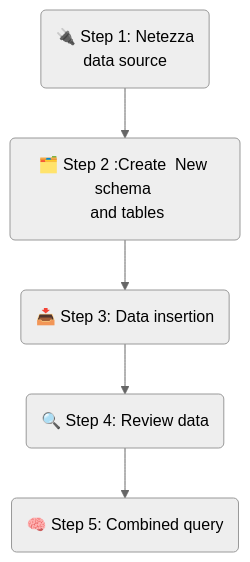
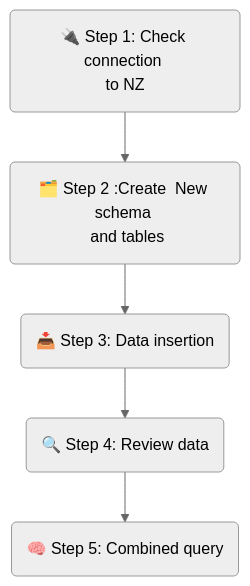
The diagram in Labs/Lab1_Data_Warehouse_Optimization/Lab_1_Data_Offload_Guide.md (DayraP/watsonx.data-bootcamp), drawn with Mermaid (neutral theme) before and after one commit. The commit also changed other lines of this file and 359 other files, not shown here.

````diff
--- a/Labs/Lab1_Data_Warehouse_Optimization/Lab_1_Data_Offload_Guide.md
+++ b/Labs/Lab1_Data_Warehouse_Optimization/Lab_1_Data_Offload_Guide.md
@@ -54,8 +52,8 @@
 ```mermaid
 graph TD
-    A(🔌 Step 1: Netezza <br>data source)
+    A(🔌 Step 1: Check connection <br>to NZ)
     A --> B(🗂️ Step 2 :Create  New schema <br> and tables)
     B --> C(📥 Step 3: Data insertion)
     C --> D(🔍 Step 4: Review data)
     D --> E(🧠  Step 5: Combined query)
 ```
````
